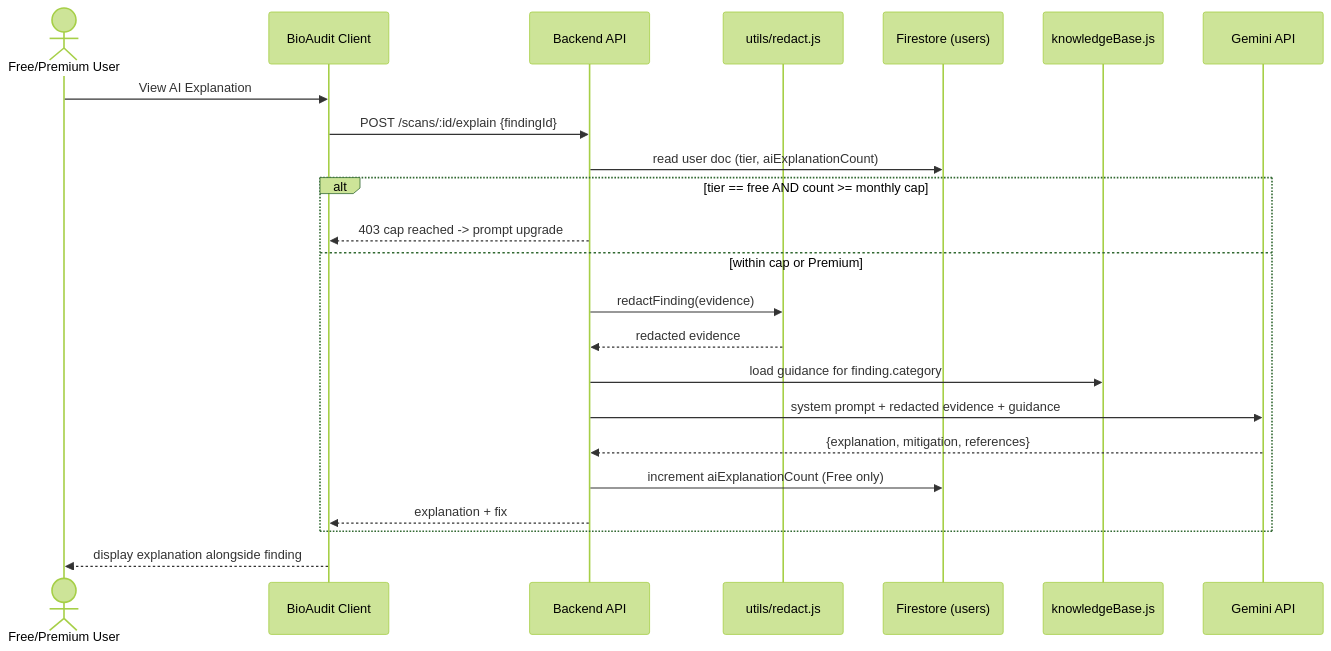
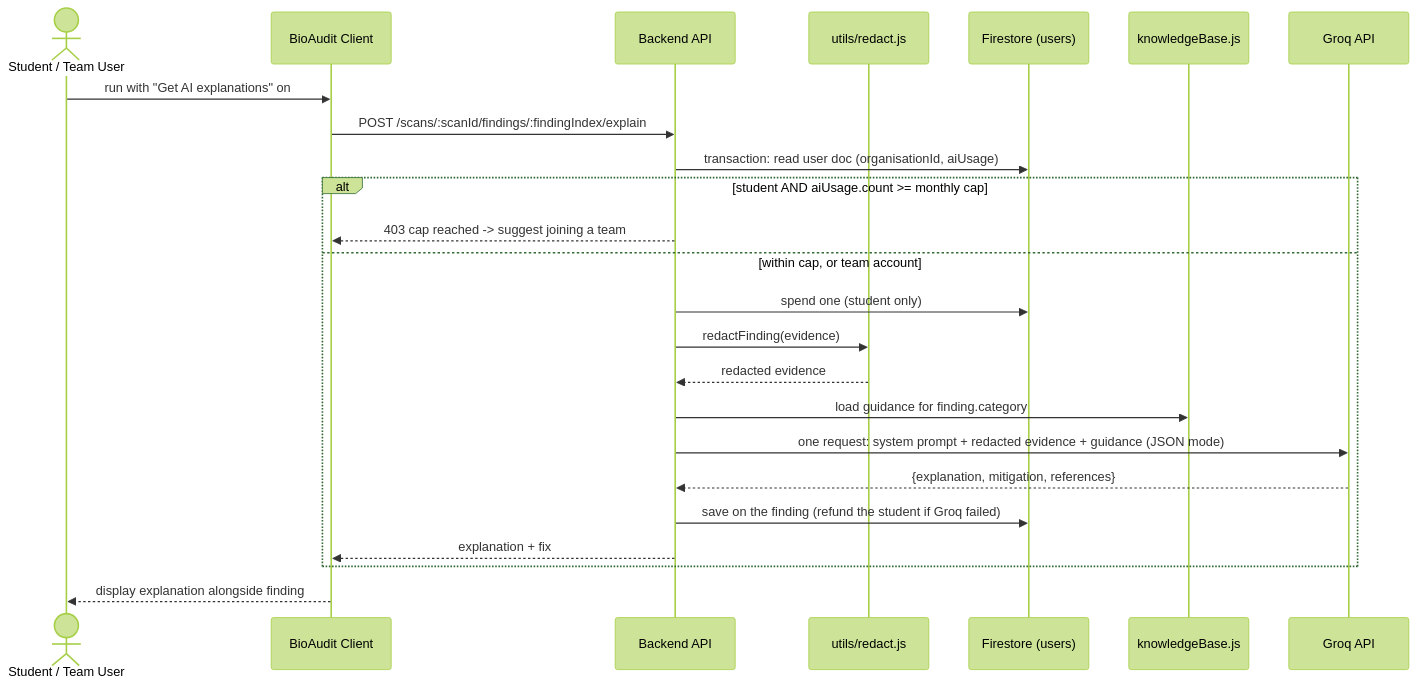
Before and after one commit to FYP-UOW-2026/Final_Year_Project: the eighth of 10 diagrams in backend/docs/TDM-technical-design-manual.md, drawn with Mermaid (forest theme). The commit also changed other lines of this file and 9 other files, not shown here.

````diff
--- a/backend/docs/TDM-technical-design-manual.md
+++ b/backend/docs/TDM-technical-design-manual.md
@@ -332,26 +355,27 @@
 ```mermaid
 sequenceDiagram
-    actor U as Free/Premium User
+    actor U as Student / Team User
     participant GUI as BioAudit Client
     participant API as Backend API
     participant RED as utils/redact.js
     participant FS as Firestore (users)
     participant KB as knowledgeBase.js
-    participant GEM as Gemini API
+    participant GROQ as Groq API
 
-    U->>GUI: View AI Explanation
-    GUI->>API: POST /scans/:id/explain {findingId}
-    API->>FS: read user doc (tier, aiExplanationCount)
-    alt tier == free AND count >= monthly cap
-        API-->>GUI: 403 cap reached -> prompt upgrade
-    else within cap or Premium
+    U->>GUI: run with "Get AI explanations" on
+    GUI->>API: POST /scans/:scanId/findings/:findingIndex/explain
+    API->>FS: transaction: read user doc (organisationId, aiUsage)
+    alt student AND aiUsage.count >= monthly cap
+        API-->>GUI: 403 cap reached -> suggest joining a team
+    else within cap, or team account
+        API->>FS: spend one (student only)
         API->>RED: redactFinding(evidence)
         RED-->>API: redacted evidence
         API->>KB: load guidance for finding.category
-        API->>GEM: system prompt + redacted evidence + guidance
-        GEM-->>API: {explanation, mitigation, references}
-        API->>FS: increment aiExplanationCount (Free only)
+        API->>GROQ: one request: system prompt + redacted evidence + guidance (JSON mode)
+        GROQ-->>API: {explanation, mitigation, references}
+        API->>FS: save on the finding (refund the student if Groq failed)
         API-->>GUI: explanation + fix
     end
     GUI-->>U: display explanation alongside finding
 ```
````
